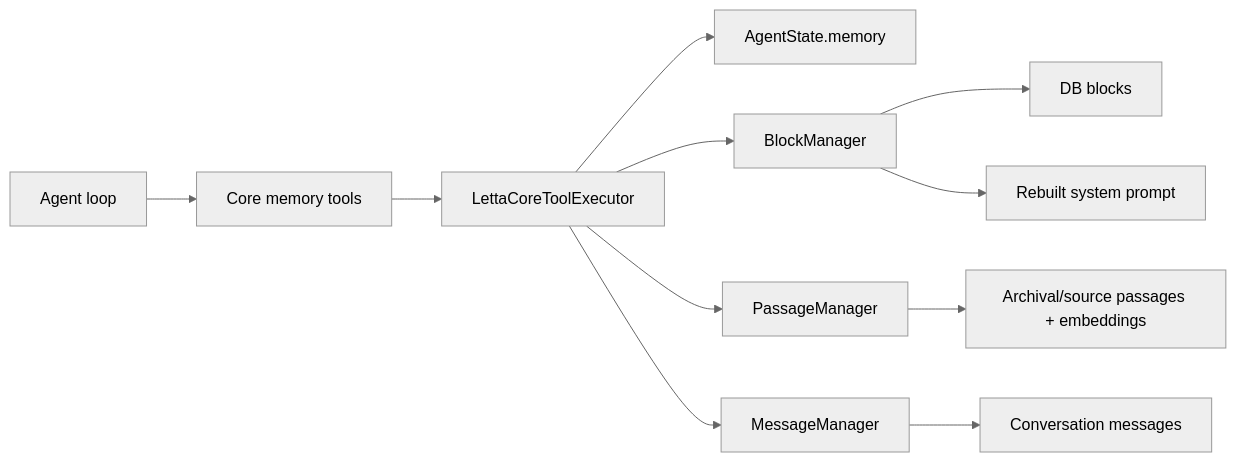
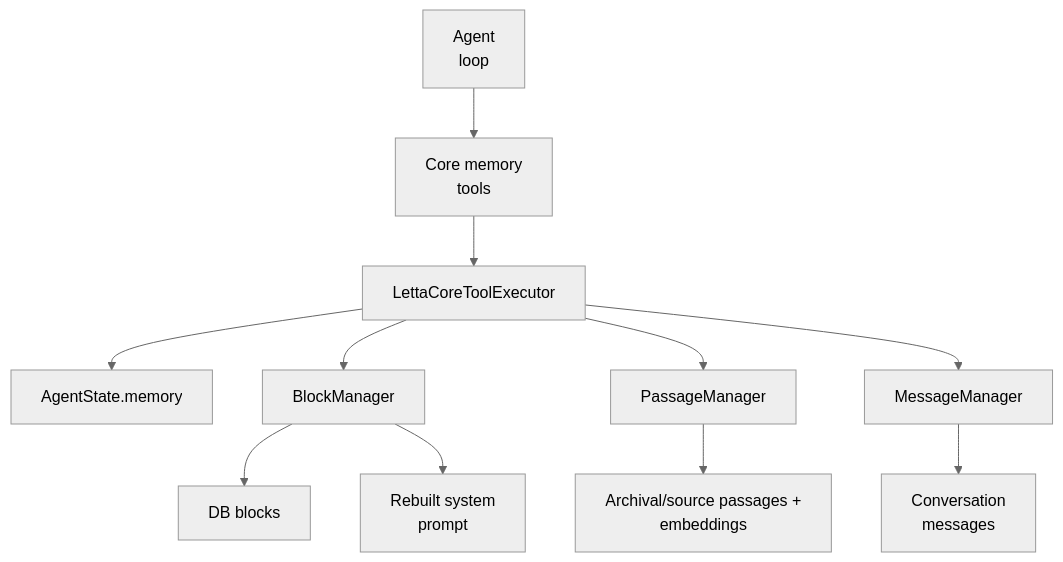
Before and after one commit to neoneye/agent-memory-atlas: the diagram in content/systems/letta.md, drawn with Mermaid (neutral theme). The commit also changed 99 other files, not shown here.

First line of the commit message:
Reshape the remaining 49 diagrams so their labels are legible

````diff
--- a/content/systems/letta.md
+++ b/content/systems/letta.md
@@ -78,13 +78,13 @@
 ```mermaid
-flowchart LR
-  Agent["Agent loop"] --> Tools["Core memory tools"]
+flowchart TD
+  Agent["Agent<br/>loop"] --> Tools["Core memory<br/>tools"]
   Tools --> Executor["LettaCoreToolExecutor"]
   Executor --> AgentState["AgentState.memory"]
   Executor --> BlockMgr["BlockManager"]
   Executor --> PassageMgr["PassageManager"]
   Executor --> MsgMgr["MessageManager"]
   BlockMgr --> DB["DB blocks"]
-  PassageMgr --> Passages["Archival/source passages + embeddings"]
-  MsgMgr --> Messages["Conversation messages"]
-  BlockMgr --> Prompt["Rebuilt system prompt"]
+  PassageMgr --> Passages["Archival/source passages +<br/>embeddings"]
+  MsgMgr --> Messages["Conversation<br/>messages"]
+  BlockMgr --> Prompt["Rebuilt system<br/>prompt"]
 ```
````
